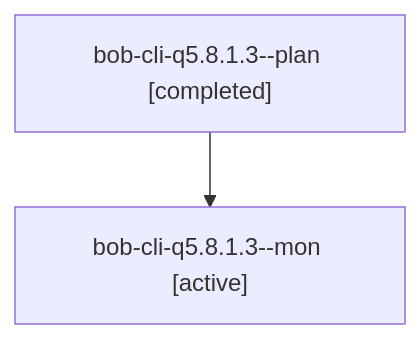
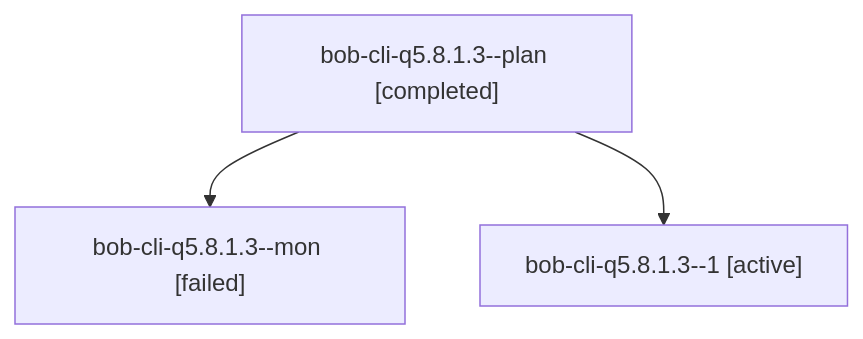
Before and after one commit to bobs-org/bob-cli--agents: the diagram in sessions/bbugyi200.athena.bob-cli-q5.8.1.3.md, drawn with Mermaid. The commit also changed other lines of this file and 174 other files, not shown here.

````diff
--- a/sessions/bbugyi200.athena.bob-cli-q5.8.1.3.md
+++ b/sessions/bbugyi200.athena.bob-cli-q5.8.1.3.md
@@ -9,6 +9,8 @@
 ```mermaid
 flowchart TD
   n0["bob-cli-q5.8.1.3--plan [completed]"]
-  n1["bob-cli-q5.8.1.3--mon [active]"]
+  n1["bob-cli-q5.8.1.3--mon [failed]"]
   n0 --> n1
+  n2["bob-cli-q5.8.1.3--1 [active]"]
+  n0 --> n2
 ```
````
